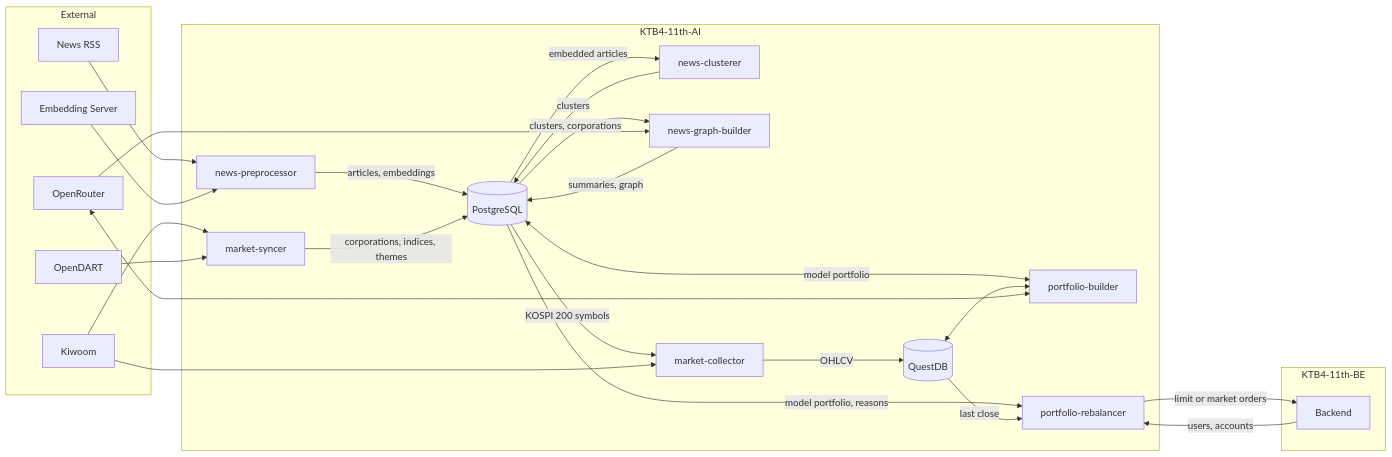
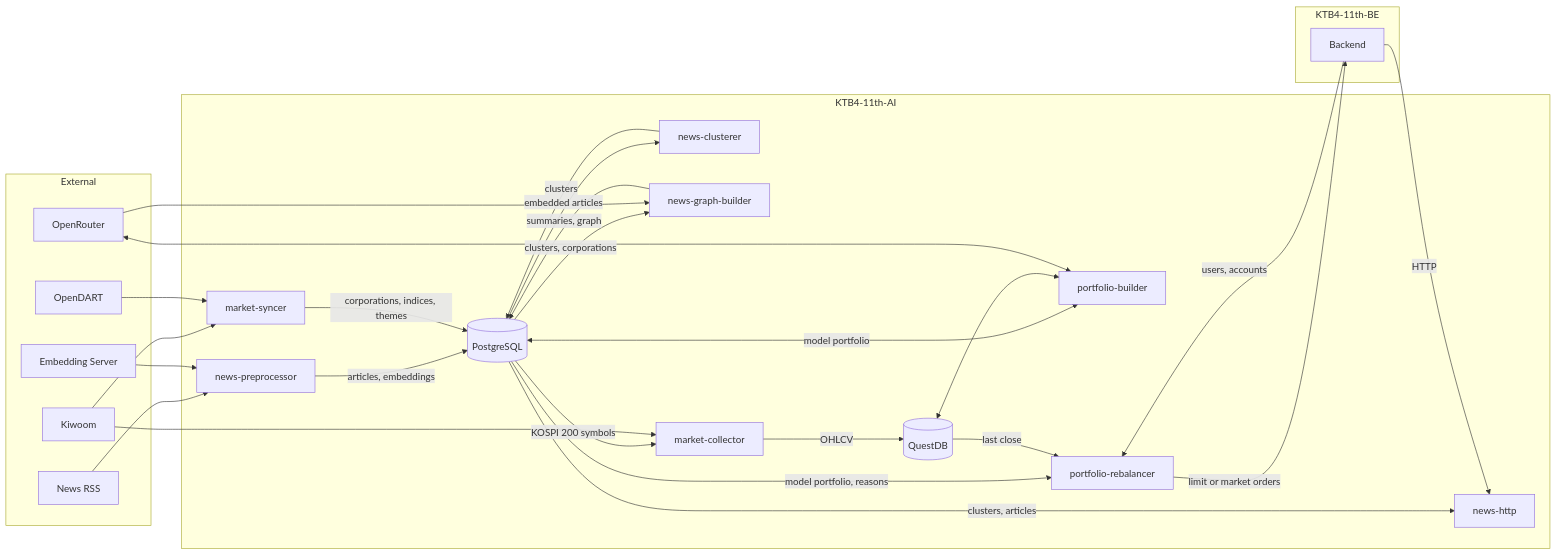
Before and after one commit to 100-hours-a-week/KTB4-11th-AI: the first of 3 diagrams in README.md, drawn with Mermaid. The commit also changed other lines of this file and 1 other file, not shown here.

Commit message:
docs: document news-http

````diff
--- a/README.md
+++ b/README.md
@@ -7,52 +7,55 @@
 ```mermaid
 flowchart LR
     subgraph EXT["External"]
         NEWS["News RSS"]
         KIWOOM["Kiwoom"]
         DART["OpenDART"]
         EMB["Embedding Server"]
         OPENROUTER["OpenRouter"]
     end
 
     subgraph AI["KTB4-11th-AI"]
         NP["news-preprocessor"]
         NC["news-clusterer"]
         MS["market-syncer"]
         NGB["news-graph-builder"]
+        NH["news-http"]
         MC["market-collector"]
         PB["portfolio-builder"]
         PR["portfolio-rebalancer"]
         PG[("PostgreSQL")]
         QDB[("QuestDB")]
     end
 
     subgraph BACKEND["KTB4-11th-BE"]
         BE["Backend"]
     end
 
     NEWS --> NP
     EMB --> NP
     NP -->|articles, embeddings| PG
     PG -->|embedded articles| NC
     NC -->|clusters| PG
 
     KIWOOM --> MS
     DART --> MS
     MS -->|corporations, indices, themes| PG
     PG -->|clusters, corporations| NGB
     OPENROUTER --> NGB
     NGB -->|summaries, graph| PG
+    PG -->|clusters, articles| NH
+    BE -->|HTTP| NH
 
     PG -->|KOSPI 200 symbols| MC
     KIWOOM --> MC
     MC -->|OHLCV| QDB
 
     PG <-->|model portfolio| PB
     QDB <--> PB
     OPENROUTER <--> PB
 
     PG -->|model portfolio, reasons| PR
     QDB -->|last close| PR
     BE -->|users, accounts| PR
     PR -->|limit or market orders| BE
 ```
````
